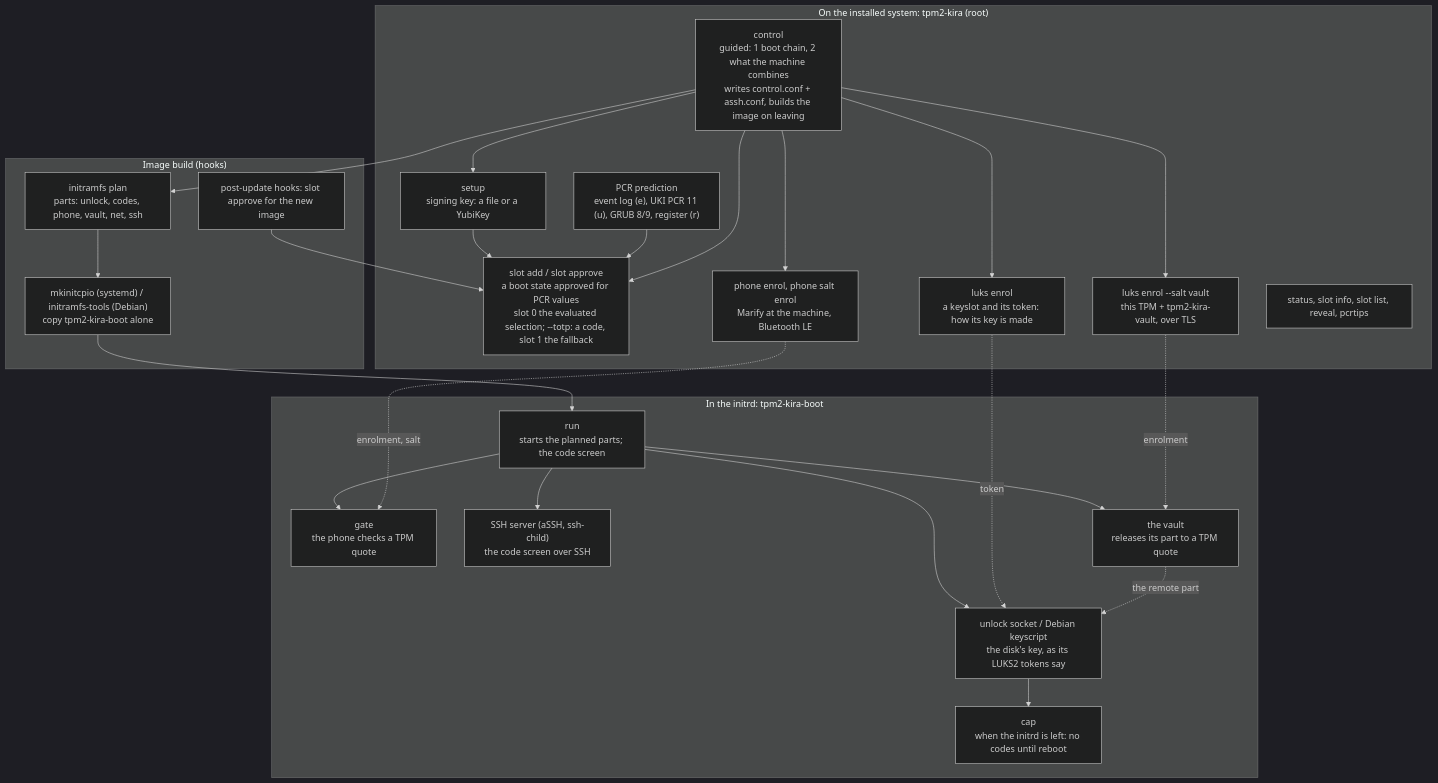
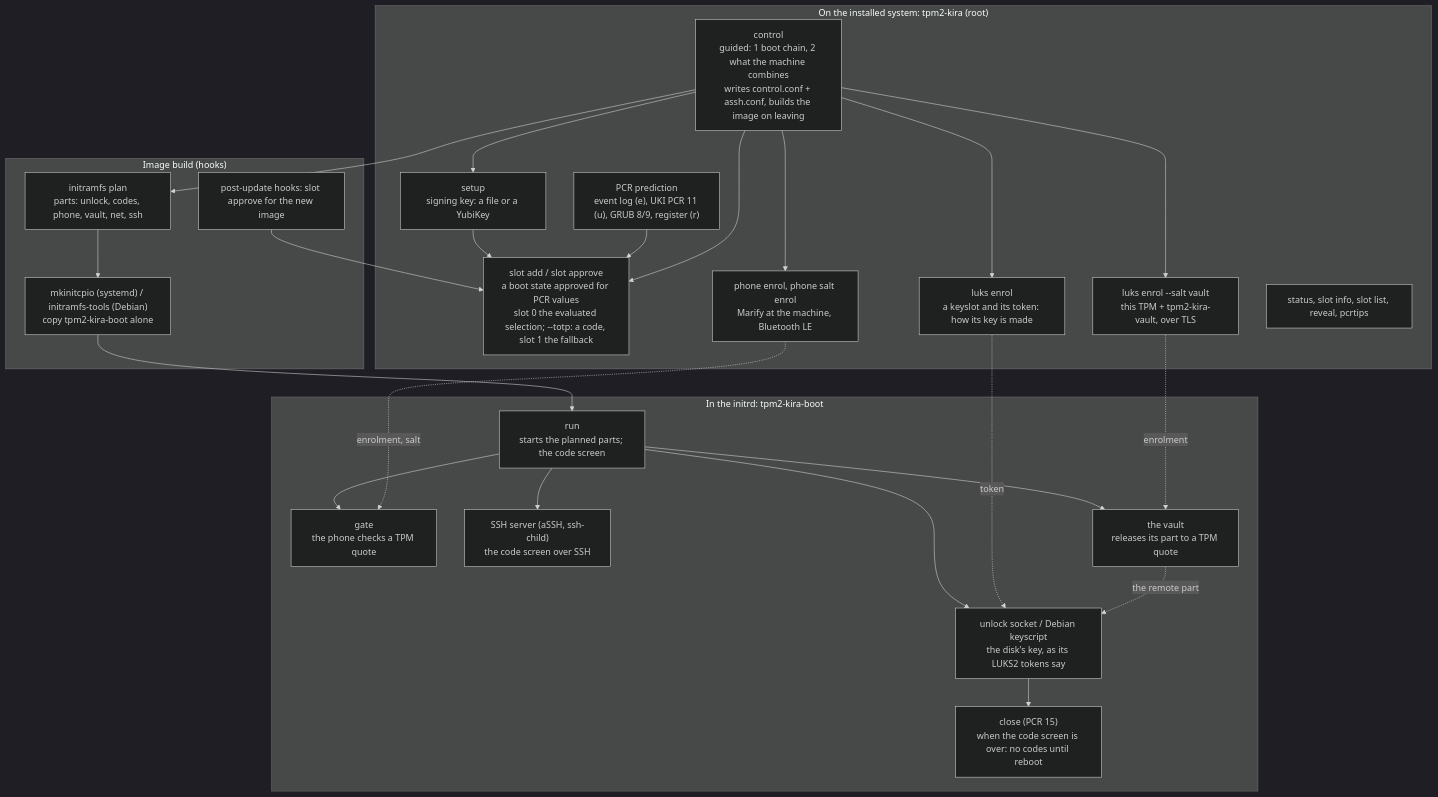
The first of 2 diagrams in README.md (mrwiora/tpm2-kira), drawn with Mermaid (dark theme) before and after one commit. The commit also changed other lines of this file and 20 other files, not shown here.

````diff
--- a/README.md
+++ b/README.md
@@ -51,41 +51,41 @@
 ```mermaid
 flowchart TB
   subgraph SETUP["On the installed system: tpm2-kira (root)"]
     CTRL["control<br/>guided: 1 boot chain, 2 what the machine combines<br/>writes control.conf + assh.conf, builds the image on leaving"]
     KEY["setup<br/>signing key: a file or a YubiKey"]
     SEAL["slot add / slot approve<br/>a boot state approved for PCR values<br/>slot 0 the evaluated selection; --totp: a code, slot 1 the fallback"]
     PCR["PCR prediction<br/>event log (e), UKI PCR 11 (u), GRUB 8/9, register (r)"]
     PHONE["phone enrol, phone salt enrol<br/>Marify at the machine, Bluetooth LE"]
     LUKS["luks enrol<br/>a keyslot and its token: how its key is made"]
     VAULT["luks enrol --salt vault<br/>this TPM + tpm2-kira-vault, over TLS"]
     INSPECT["status, slot info, slot list, reveal, pcrtips"]
   end
 
   subgraph BUILD["Image build (hooks)"]
     PLAN["initramfs plan<br/>parts: unlock, codes, phone, vault, net, ssh"]
     HOOKS["mkinitcpio (systemd) / initramfs-tools (Debian)<br/>copy tpm2-kira-boot alone"]
     POST["post-update hooks: slot approve for the new image"]
   end
 
   subgraph BOOT["In the initrd: tpm2-kira-boot"]
     RUN["run<br/>starts the planned parts; the code screen"]
     ATT["gate<br/>the phone checks a TPM quote"]
     SSH["SSH server (aSSH, ssh-child)<br/>the code screen over SSH"]
     VREL["the vault<br/>releases its part to a TPM quote"]
     UNLOCK["unlock socket / Debian keyscript<br/>the disk's key, as its LUKS2 tokens say"]
-    CAP["cap<br/>when the initrd is left: no codes until reboot"]
+    CLOSE["close (PCR 15)<br/>when the code screen is over: no codes until reboot"]
   end
 
   KEY --> SEAL
   PCR --> SEAL
   CTRL --> KEY & SEAL & PHONE & LUKS & VAULT
   CTRL --> PLAN --> HOOKS
   POST --> SEAL
   HOOKS --> RUN
   RUN --> ATT & SSH & VREL & UNLOCK
   LUKS -. token .-> UNLOCK
   PHONE -. enrolment, salt .-> ATT
   VAULT -. enrolment .-> VREL
   VREL -. the remote part .-> UNLOCK
-  UNLOCK --> CAP
+  UNLOCK --> CLOSE
 ```
````
